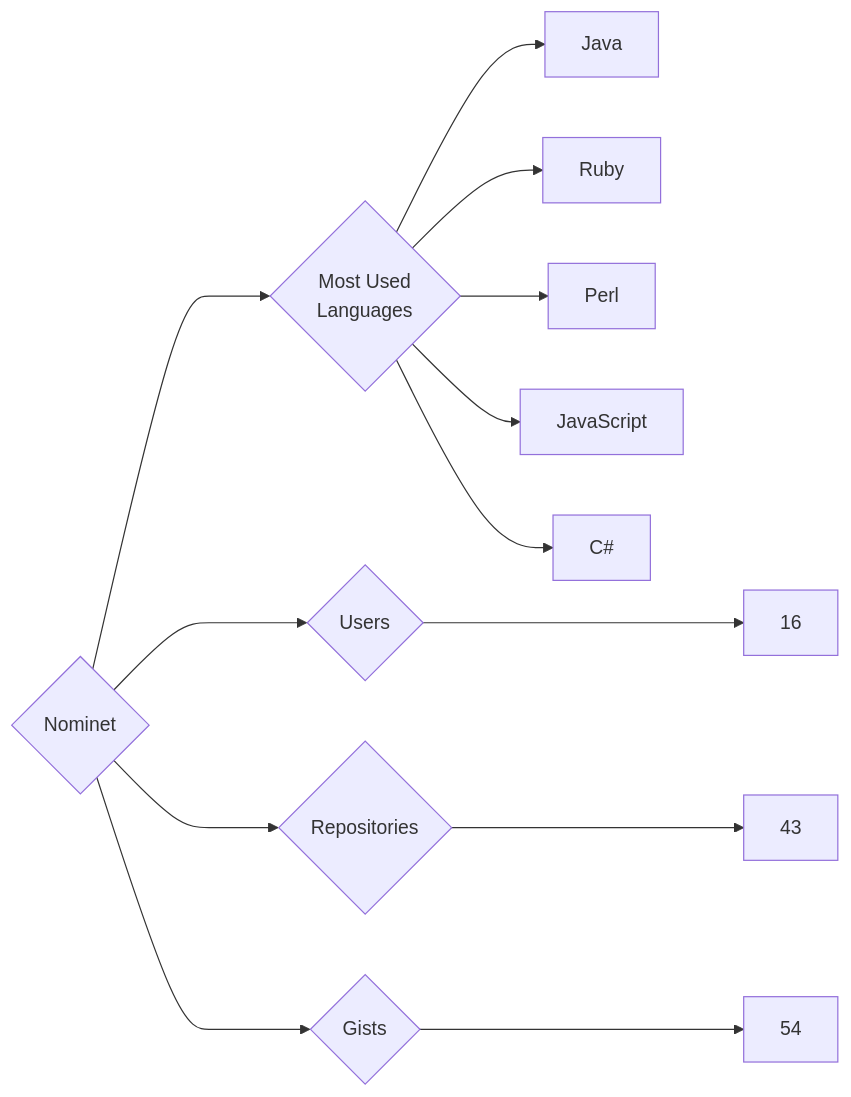
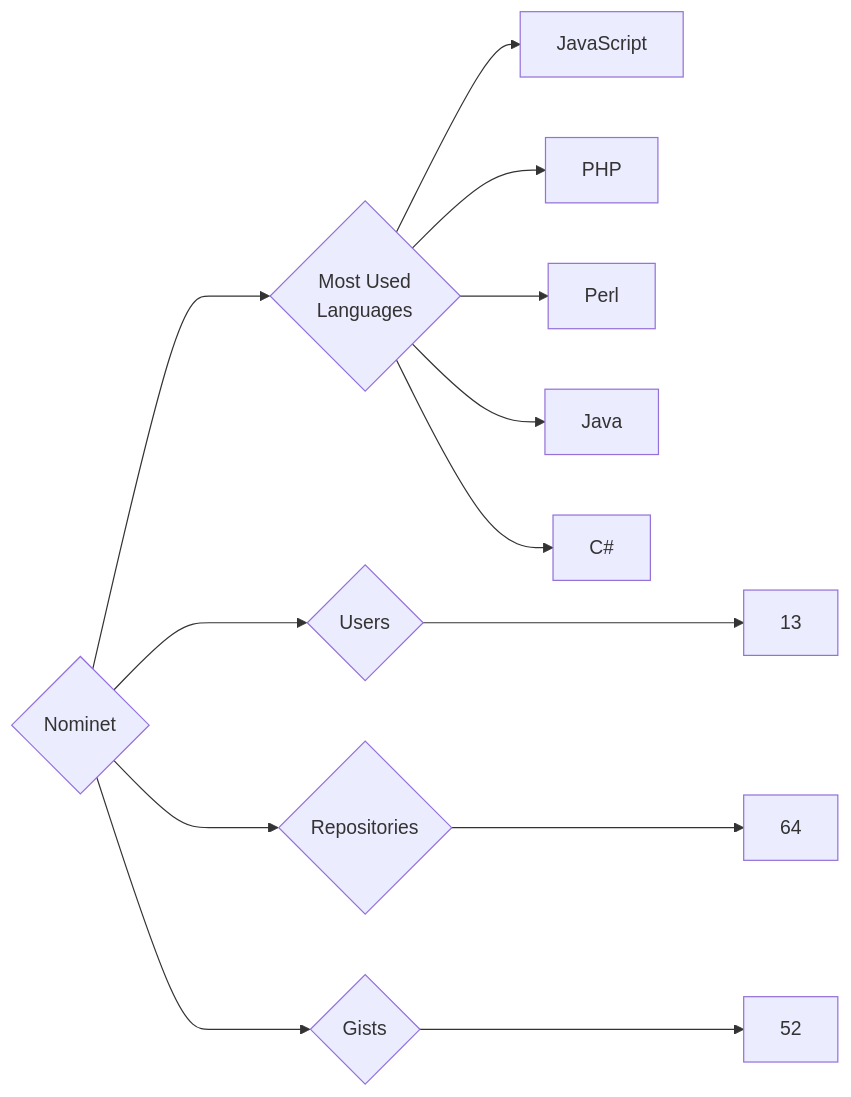
One commit to trickest/insiders changed the diagram in targets/Nominet/README.md. Above: the diagram before and after it, drawn with Mermaid. The commit also changed 829 other files, not shown here.

````diff
--- a/targets/Nominet/README.md
+++ b/targets/Nominet/README.md
@@ -3,13 +3,13 @@
 ```mermaid
 graph LR
 COMPANY_NAME{Nominet}
-COMPANY_NAME ---> U{Users} ---> UN[16]
-COMPANY_NAME ---> R{Repositories} ---> RN[43]
-COMPANY_NAME ---> G{Gists} ---> GN[54]
+COMPANY_NAME ---> U{Users} ---> UN[13]
+COMPANY_NAME ---> R{Repositories} ---> RN[64]
+COMPANY_NAME ---> G{Gists} ---> GN[52]
 COMPANY_NAME ---> ML{Most Used<br>Languages}
+ML --> JavaScript[JavaScript]
+ML --> PHP[PHP]
+ML --> Perl[Perl]
 ML --> Java[Java]
-ML --> Ruby[Ruby]
-ML --> Perl[Perl]
-ML --> JavaScript[JavaScript]
 ML --> C#[C#]
 ```
````
